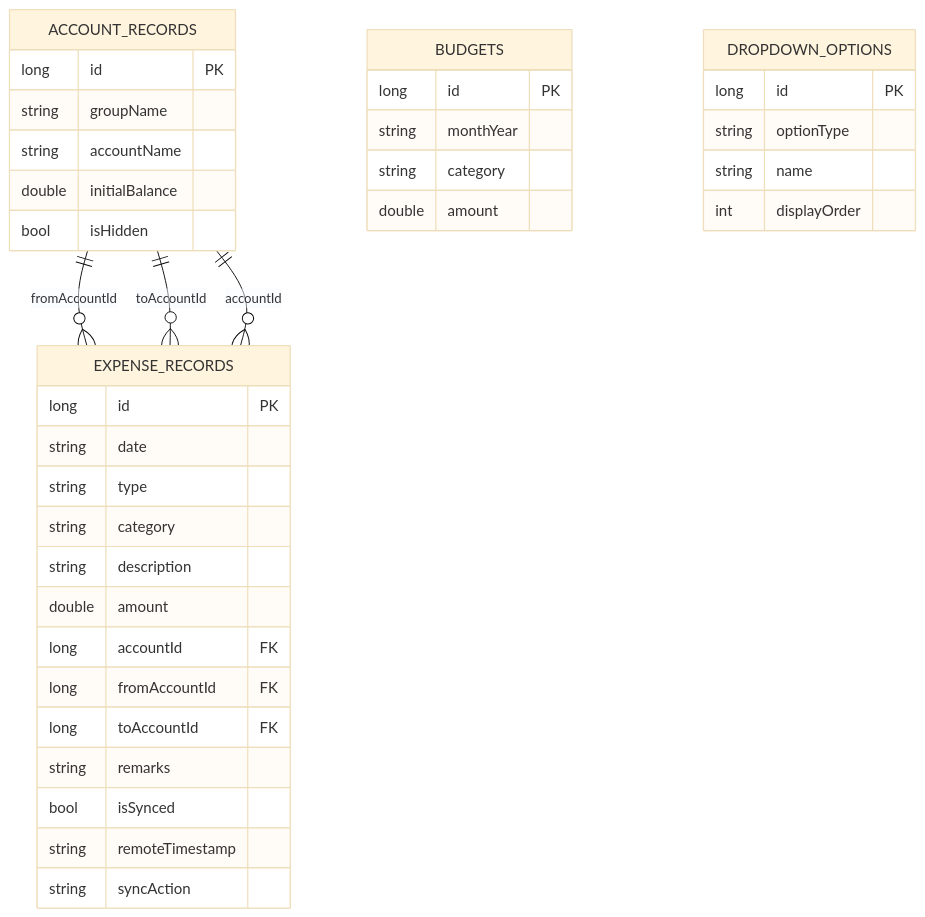
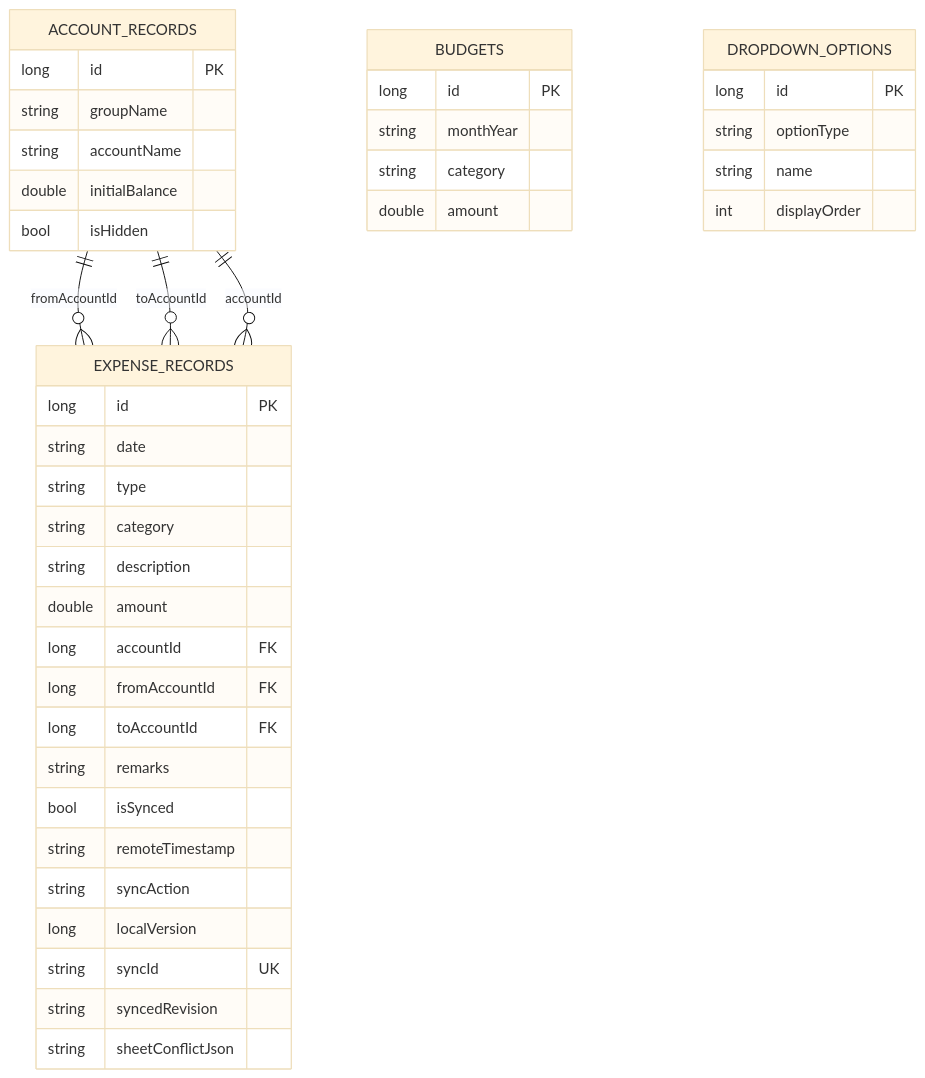
Before and after one commit to issaczerubbabela/L-Edgar: the fourth of 5 diagrams in docs/ARCHITECTURE.md, drawn with Mermaid (base theme). The commit also changed other lines of this file and 38 other files, not shown here.

````diff
--- a/docs/ARCHITECTURE.md
+++ b/docs/ARCHITECTURE.md
@@ -158,44 +162,48 @@
 ```mermaid
 erDiagram
     ACCOUNT_RECORDS ||--o{ EXPENSE_RECORDS : fromAccountId
     ACCOUNT_RECORDS ||--o{ EXPENSE_RECORDS : toAccountId
     ACCOUNT_RECORDS ||--o{ EXPENSE_RECORDS : accountId
 
     ACCOUNT_RECORDS {
         long id PK
         string groupName
         string accountName
         double initialBalance
         bool isHidden
     }
 
     EXPENSE_RECORDS {
         long id PK
         string date
         string type
         string category
         string description
         double amount
         long accountId FK
         long fromAccountId FK
         long toAccountId FK
         string remarks
         bool isSynced
         string remoteTimestamp
         string syncAction
+        long localVersion
+        string syncId UK
+        string syncedRevision
+        string sheetConflictJson
     }
 
     BUDGETS {
         long id PK
         string monthYear
         string category
         double amount
     }
 
     DROPDOWN_OPTIONS {
         long id PK
         string optionType
         string name
         int displayOrder
     }
 ```
````
